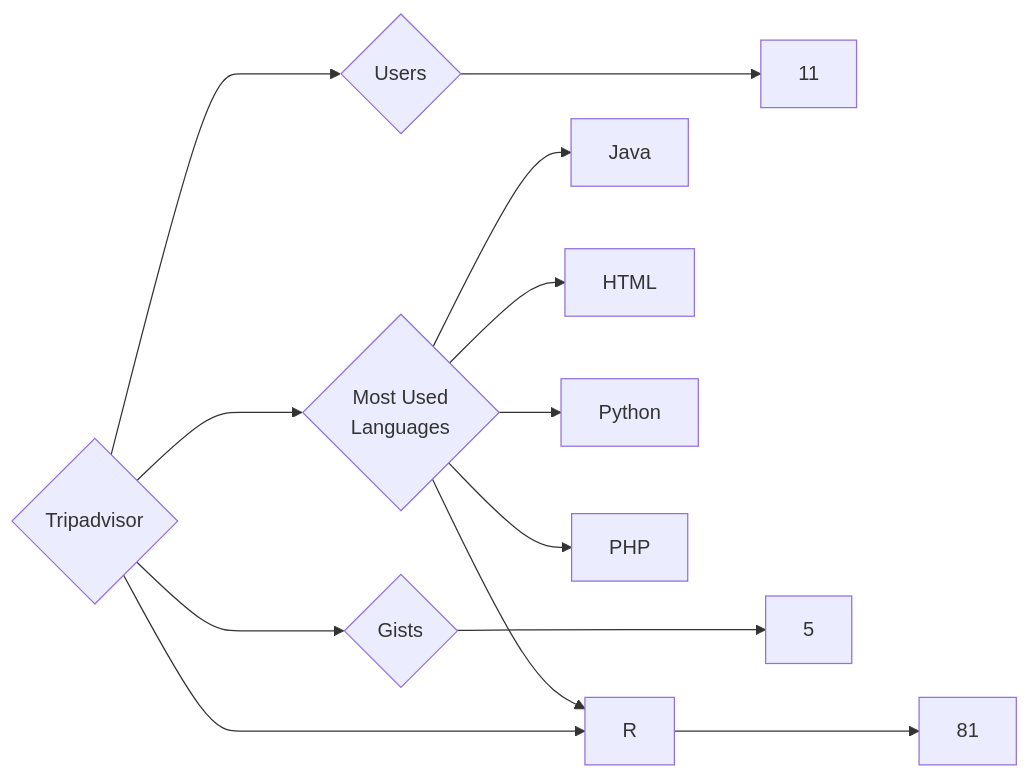
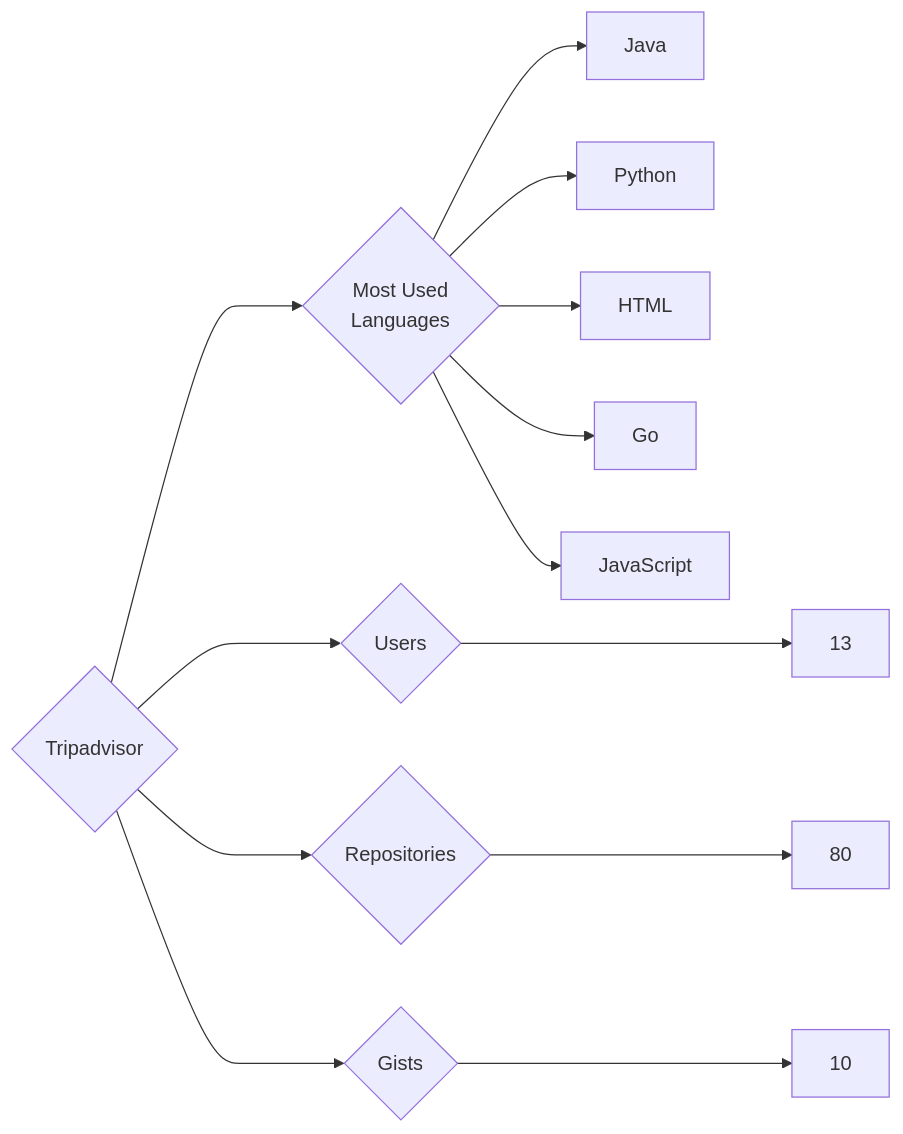
One commit to trickest/insiders changed the diagram in targets/Tripadvisor/README.md. Above: the diagram before and after it, drawn with Mermaid. The commit also changed 773 other files, not shown here.

````diff
--- a/targets/Tripadvisor/README.md
+++ b/targets/Tripadvisor/README.md
@@ -3,13 +3,13 @@
 ```mermaid
 graph LR
 COMPANY_NAME{Tripadvisor}
-COMPANY_NAME ---> U{Users} ---> UN[11]
-COMPANY_NAME ---> R{Repositories} ---> RN[81]
-COMPANY_NAME ---> G{Gists} ---> GN[5]
+COMPANY_NAME ---> U{Users} ---> UN[13]
+COMPANY_NAME ---> R{Repositories} ---> RN[80]
+COMPANY_NAME ---> G{Gists} ---> GN[10]
 COMPANY_NAME ---> ML{Most Used<br>Languages}
 ML --> Java[Java]
+ML --> Python[Python]
 ML --> HTML[HTML]
-ML --> Python[Python]
-ML --> R[R]
-ML --> PHP[PHP]
+ML --> Go[Go]
+ML --> JavaScript[JavaScript]
 ```
````
